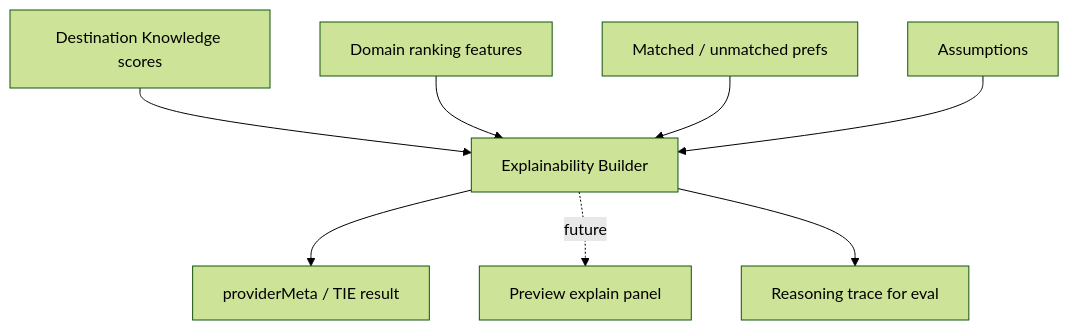
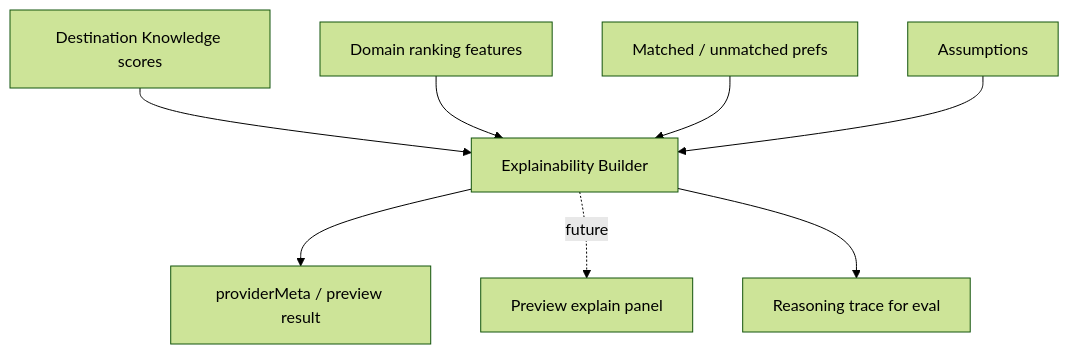
Before and after one commit to SamiAlamoudi/rahhal-ai-platform: the third of 6 diagrams in docs/ARCHITECTURE_TRAVEL_INTELLIGENCE_ENGINE_SPRINT88-95.md, drawn with Mermaid (forest theme). The commit also changed other lines of this file, not shown here.

First line of the commit message:
docs: revise TIE architecture ADD per review required changes

````diff
--- a/docs/ARCHITECTURE_TRAVEL_INTELLIGENCE_ENGINE_SPRINT88-95.md
+++ b/docs/ARCHITECTURE_TRAVEL_INTELLIGENCE_ENGINE_SPRINT88-95.md
@@ -451,11 +684,11 @@
 ```mermaid
 flowchart TD
   DK[Destination Knowledge scores] --> XAI
   Rank[Domain ranking features] --> XAI
   Prefs[Matched / unmatched prefs] --> XAI
   Asm[Assumptions] --> XAI
   XAI[Explainability Builder]
-  XAI --> Meta[providerMeta / TIE result]
+  XAI --> Meta[providerMeta / preview result]
   XAI -.->|future| UI[Preview explain panel]
   XAI --> Trace[Reasoning trace for eval]
 ```
````
